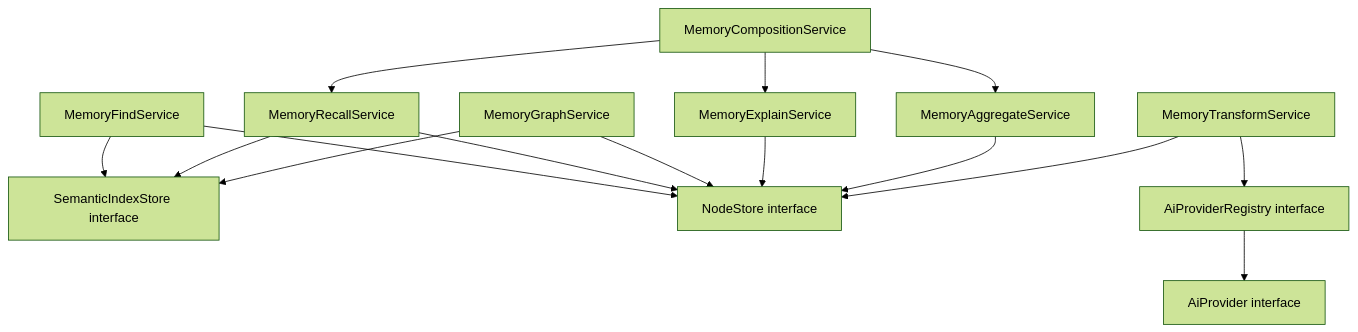
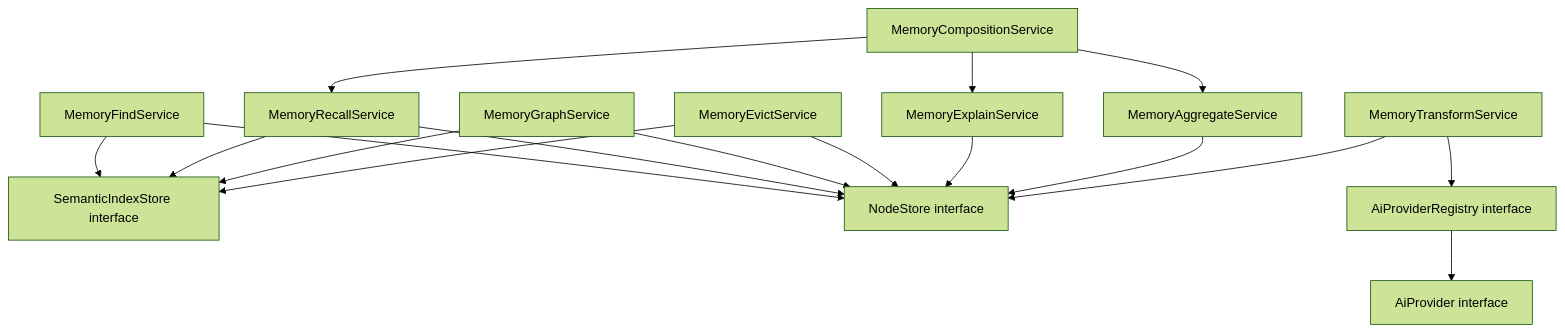
One commit to EntasisLabs/locus changed the second of 8 diagrams in docs/sdk-architecture.md. Above: the diagram before and after it, drawn with Mermaid (forest theme). The commit also changed other lines of this file and 20 other files, not shown here.

````diff
--- a/docs/sdk-architecture.md
+++ b/docs/sdk-architecture.md
@@ -76,29 +77,32 @@
 ```mermaid
 flowchart TD
     MCS[MemoryCompositionService]
     MFS[MemoryFindService]
     MRS[MemoryRecallService]
     MES[MemoryExplainService]
     MAS[MemoryAggregateService]
     MTS[MemoryTransformService]
     MGS[MemoryGraphService]
+    MESvc[MemoryEvictService]
     SIS[SemanticIndexStore interface]
     NS[NodeStore interface]
     APR[AiProviderRegistry interface]
     AP[AiProvider interface]
 
     MCS --> MRS
     MCS --> MES
     MCS --> MAS
     MFS --> NS
     MFS --> SIS
     MRS --> NS
     MRS --> SIS
     MGS --> NS
     MGS --> SIS
+    MESvc --> NS
+    MESvc --> SIS
     MES --> NS
     MAS --> NS
     MTS --> NS
     MTS --> APR
     APR --> AP
 ```
````
